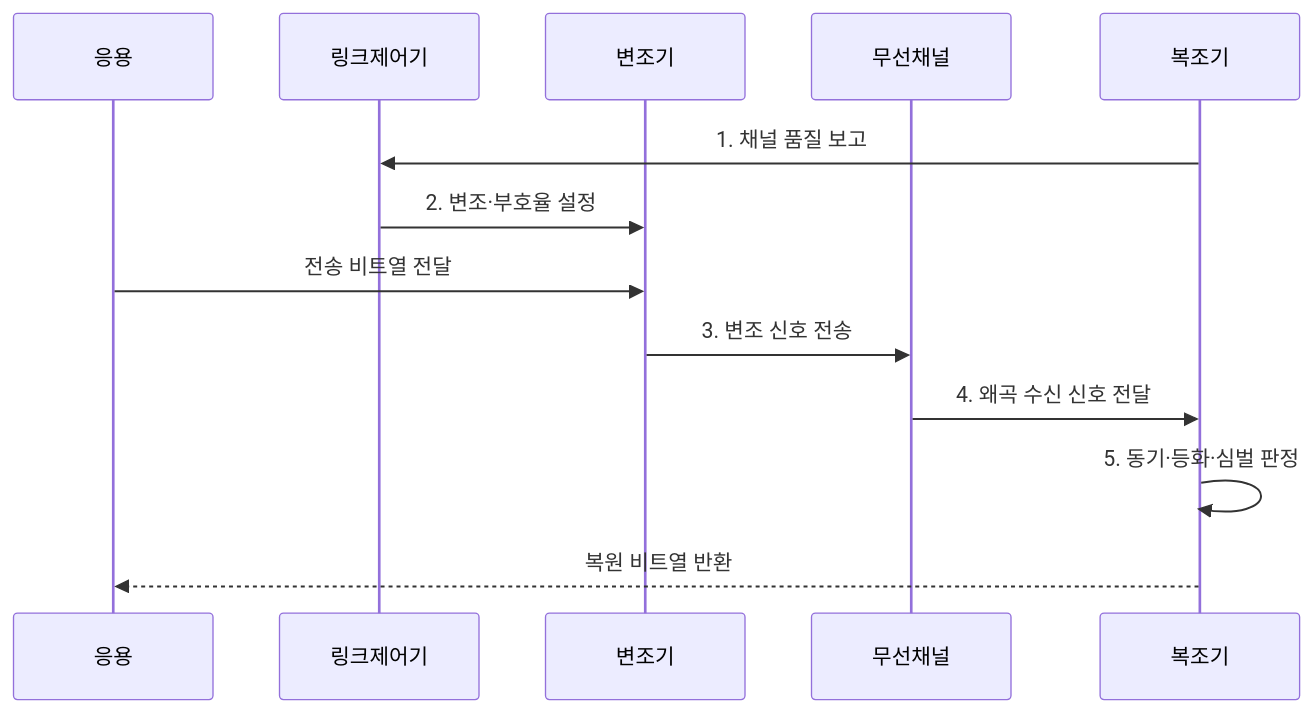
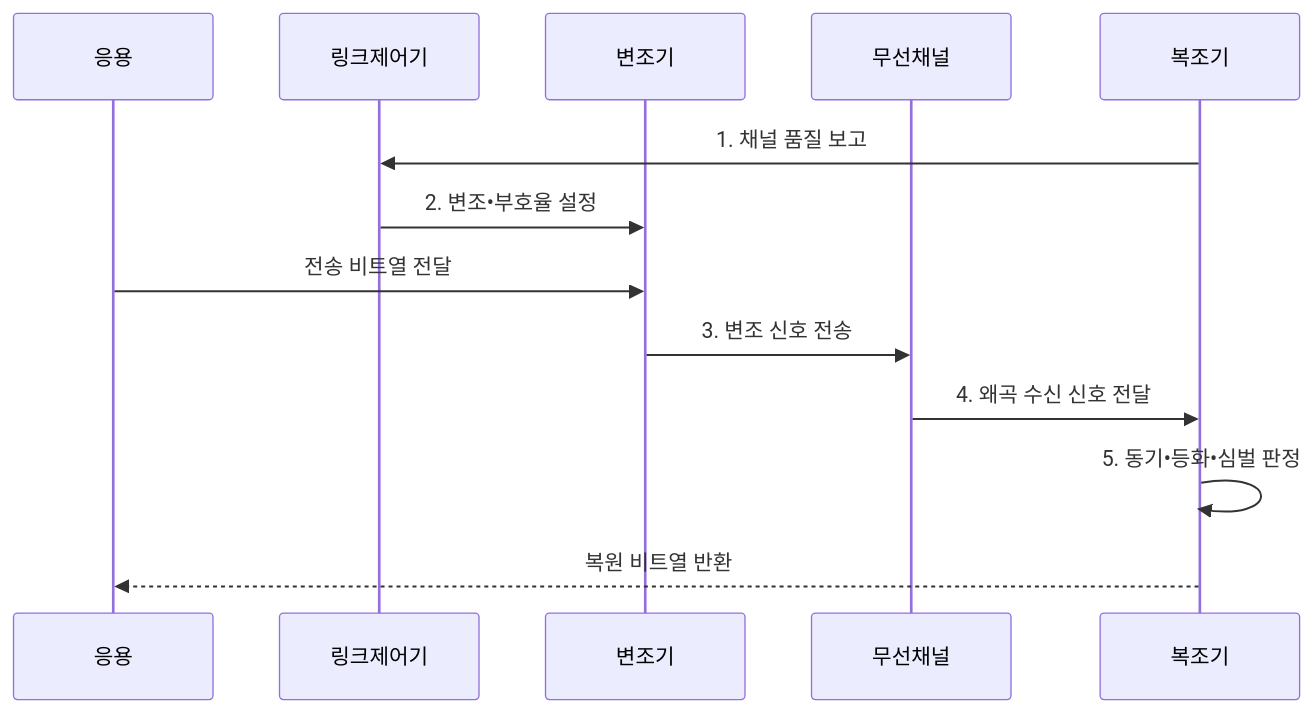
The second of 2 diagrams in src/content/docs/notes/04-network/066_modulation_methods.md (agnusdei1207/knowledge-base), drawn with Mermaid before and after one commit. The commit also changed other lines of this file and 953 other files, not shown here.

````diff
--- a/src/content/docs/notes/04-network/066_modulation_methods.md
+++ b/src/content/docs/notes/04-network/066_modulation_methods.md
@@ -107,15 +107,15 @@
 ```mermaid
 sequenceDiagram
     participant 응용
     participant 링크제어기
     participant 변조기
     participant 무선채널
     participant 복조기
     복조기->>링크제어기: 1. 채널 품질 보고
-    링크제어기->>변조기: 2. 변조·부호율 설정
+    링크제어기->>변조기: 2. 변조•부호율 설정
     응용->>변조기: 전송 비트열 전달
     변조기->>무선채널: 3. 변조 신호 전송
     무선채널->>복조기: 4. 왜곡 수신 신호 전달
-    복조기->>복조기: 5. 동기·등화·심벌 판정
+    복조기->>복조기: 5. 동기•등화•심벌 판정
     복조기-->>응용: 복원 비트열 반환
 ```
````
